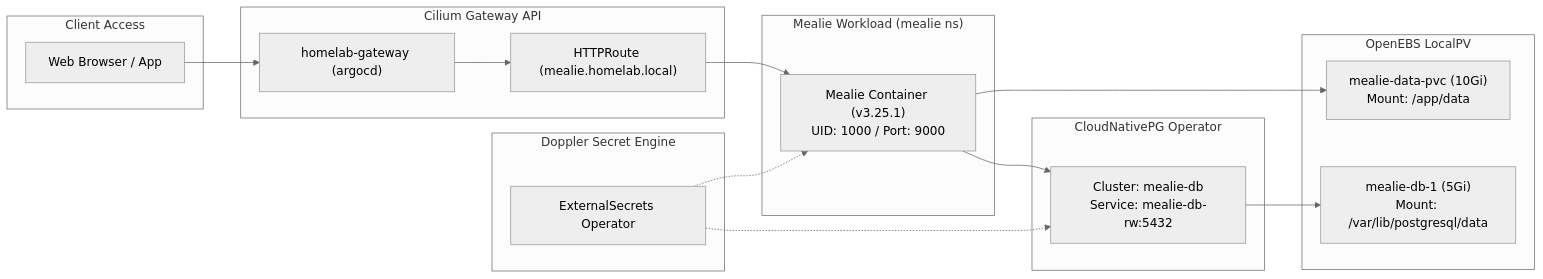
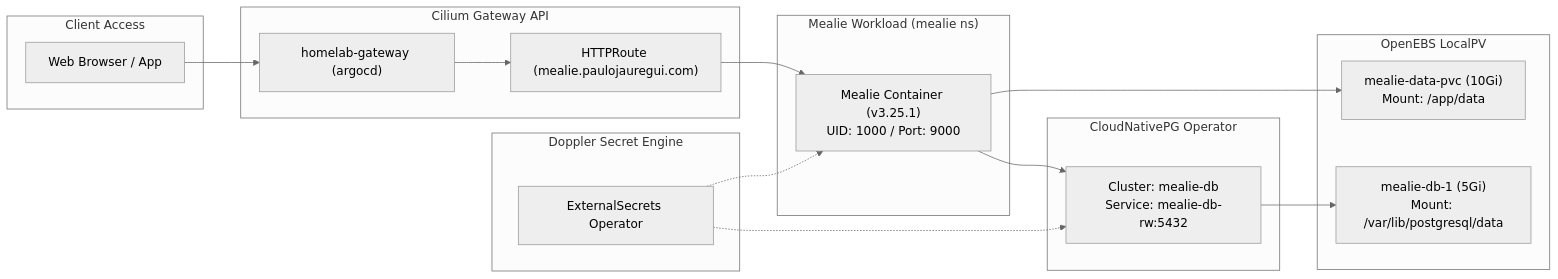
One commit to HowDiggy/k8s-gitops changed the diagram in docs/services/mealie.md. Above: the diagram before and after it, drawn with Mermaid (neutral theme). The commit also changed other lines of this file and 5 other files, not shown here.

Commit message:
docs: update architecture references and create ADR 0006 for .com domain migration

````diff
--- a/docs/services/mealie.md
+++ b/docs/services/mealie.md
@@ -11,37 +11,37 @@
 ```mermaid
 graph LR
     subgraph Client ["Client Access"]
         Browser["Web Browser / App"]
     end
 
     subgraph Ingress ["Cilium Gateway API"]
         GW["homelab-gateway (argocd)"]
-        HTTPRoute["HTTPRoute (mealie.homelab.local)"]
+        HTTPRoute["HTTPRoute (mealie.paulojauregui.com)"]
     end
 
     subgraph MealiePod ["Mealie Workload (mealie ns)"]
         App["Mealie Container (v3.25.1)<br/>UID: 1000 / Port: 9000"]
     end
 
     subgraph Storage ["OpenEBS LocalPV"]
         PVC_Data["mealie-data-pvc (10Gi)<br/>Mount: /app/data"]
         PVC_DB["mealie-db-1 (5Gi)<br/>Mount: /var/lib/postgresql/data"]
     end
 
     subgraph Database ["CloudNativePG Operator"]
         CNPG["Cluster: mealie-db<br/>Service: mealie-db-rw:5432"]
     end
 
     subgraph Secrets ["Doppler Secret Engine"]
         ESO["ExternalSecrets Operator"]
     end
 
     Browser --> GW
     GW --> HTTPRoute
     HTTPRoute --> App
     App --> PVC_Data
     App --> CNPG
     CNPG --> PVC_DB
     ESO -.-> App
     ESO -.-> CNPG
 ```
````
